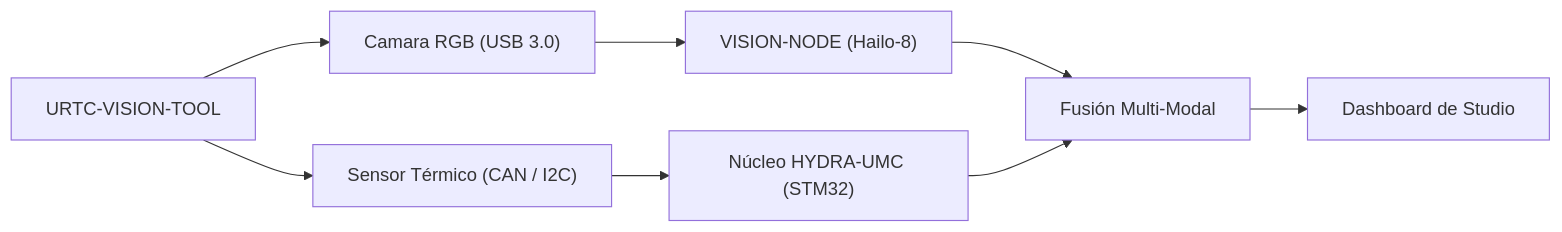
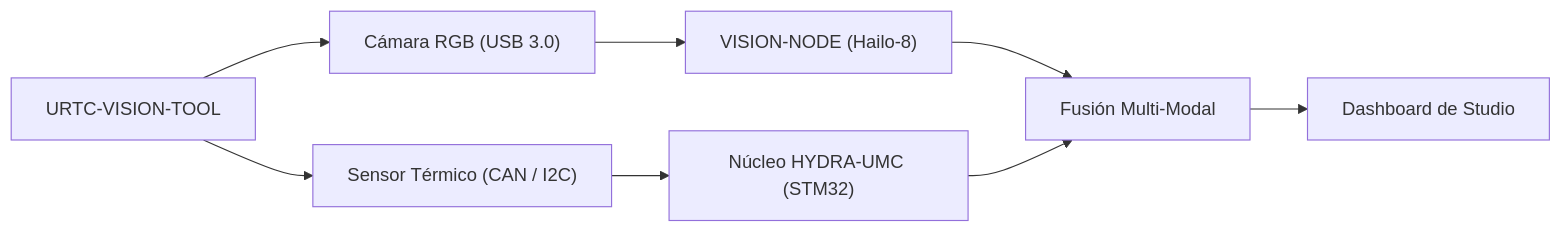
Before and after one commit to JuanenRac/URTC-VISION-TOOL: the diagram in README_spa.md, drawn with Mermaid.

Commit message:
Restore the accents in the file tree comments and name the files in the Portuguese texts as the application does

````diff
--- a/README_spa.md
+++ b/README_spa.md
@@ -86,10 +86,10 @@
 ```mermaid
 flowchart LR
-    TOOL["URTC-VISION-TOOL"] --> RGB["Camara RGB (USB 3.0)"]
+    TOOL["URTC-VISION-TOOL"] --> RGB["Cámara RGB (USB 3.0)"]
     TOOL --> THRM["Sensor Térmico (CAN / I2C)"]
     RGB --> VISION["VISION-NODE (Hailo-8)"]
     THRM --> CORE["Núcleo HYDRA-UMC (STM32)"]
     VISION --> SYNC["Fusión Multi-Modal"]
     CORE --> SYNC
     SYNC --> DASH["Dashboard de Studio"]
 ```
````
